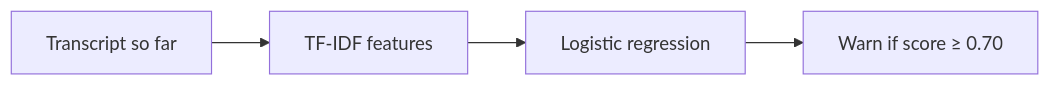
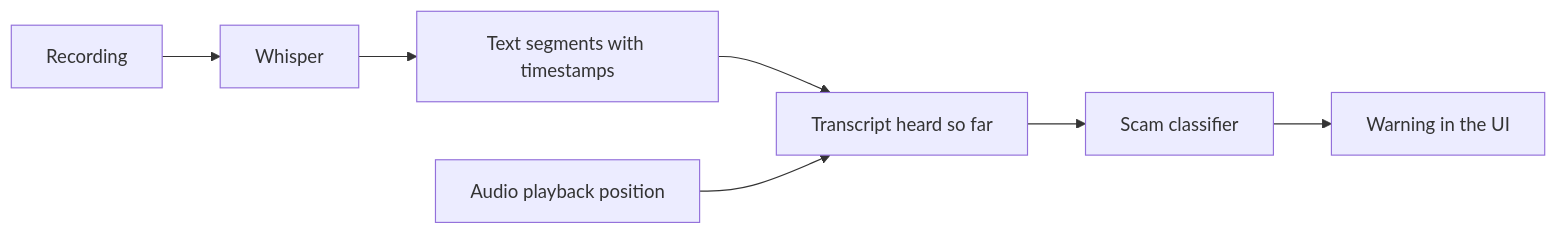
The diagram in README.md (ZellerhoffBen/swissscam), drawn with Mermaid before and after one commit. The commit also changed other lines of this file, not shown here.

````diff
--- a/README.md
+++ b/README.md
@@ -64,6 +33,9 @@
 ```mermaid
 flowchart LR
-    A[Transcript so far] --> B[TF-IDF features]
-    B --> C[Logistic regression]
-    C --> D[Warn if score ≥ 0.70]
+    A[Recording] --> B[Whisper]
+    B --> C[Text segments with timestamps]
+    C --> D[Transcript heard so far]
+    P[Audio playback position] --> D
+    D --> E[Scam classifier]
+    E --> F[Warning in the UI]
 ```
````
